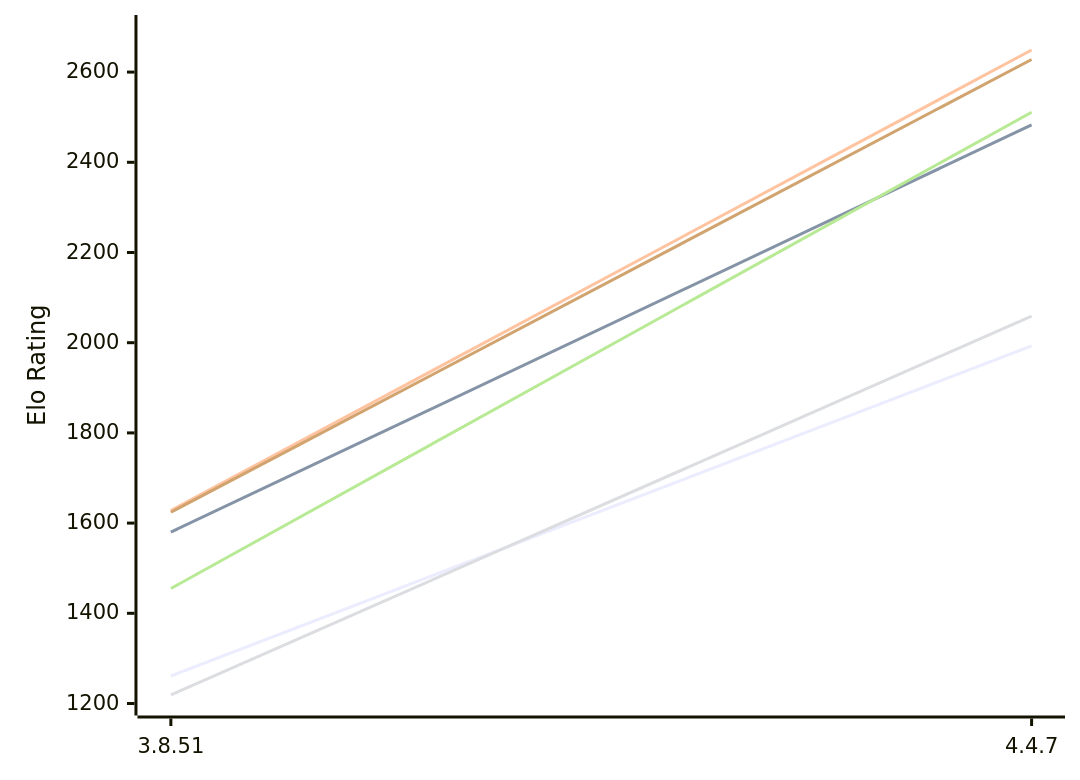
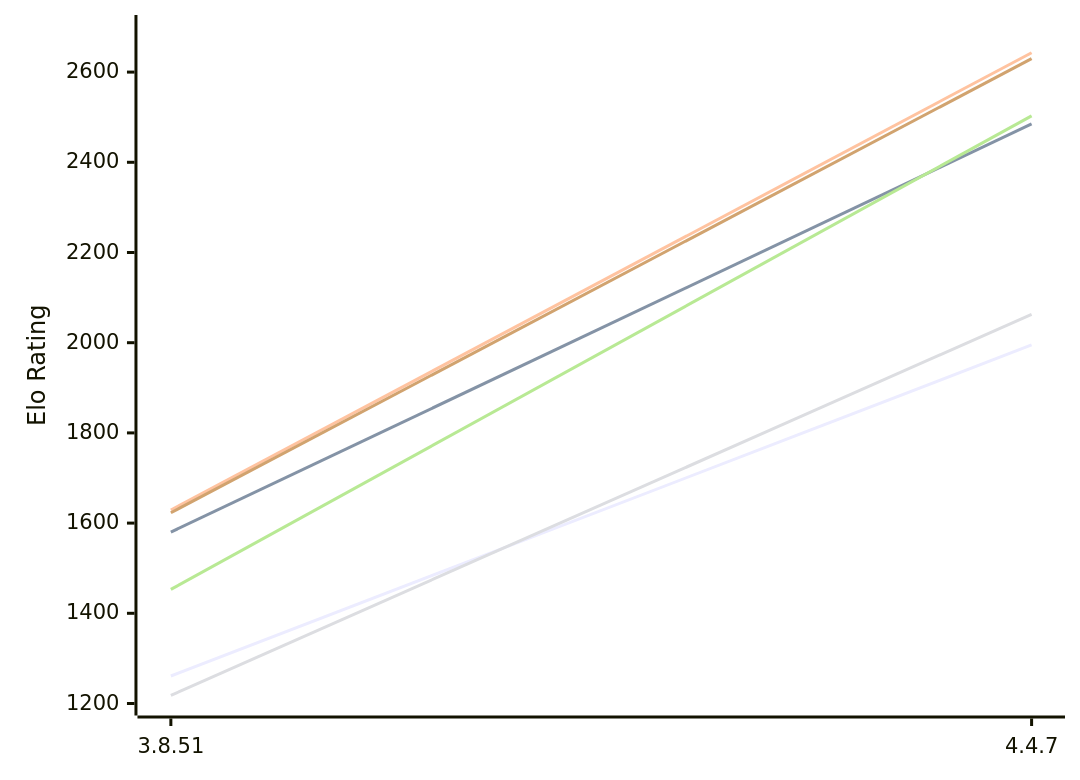
Before and after one commit to computer-chess-index/cci: the first of 2 diagrams in engines/Scoria.md, drawn with Mermaid. The commit also changed other lines of this file, not shown here.

Commit message:
Update CCI Ratings (ELO VLTC) - 2026-11-19

````diff
--- a/engines/Scoria.md
+++ b/engines/Scoria.md
@@ -50,12 +50,12 @@
 ```mermaid
 %%{init: {"theme":"base","themeVariables":{"seriesColors:['#a3a3a3','#222221','#faa371']}}}%%
 xychart-beta
   x-axis ["3.8.51", "4.4.7"]
   y-axis "Elo Rating" 1200 --> 2700
-  line "E1: STC (8.0+0.08s)" [1261, 1993]
-  line "E1: LTC (60.0+0.60s)" [1580, 2483]
-  line "E1: VLTC (2m24s+1.12s)" [1628, 2649]
-  line "P1: STC (8.0+0.08s)" [1219, 2059]
-  line "P1: LTC (60.0+0.60s)" [1455, 2511]
-  line "P1: VLTC (2m24s+1.12s)" [1624, 2628]
+  line "E1: STC (8.0+0.08s)" [1261, 1995]
+  line "E1: LTC (60.0+0.60s)" [1580, 2485]
+  line "E1: VLTC (2m24s+1.12s)" [1629, 2643]
+  line "P1: STC (8.0+0.08s)" [1218, 2063]
+  line "P1: LTC (60.0+0.60s)" [1453, 2503]
+  line "P1: VLTC (2m24s+1.12s)" [1623, 2630]
 ```
````
